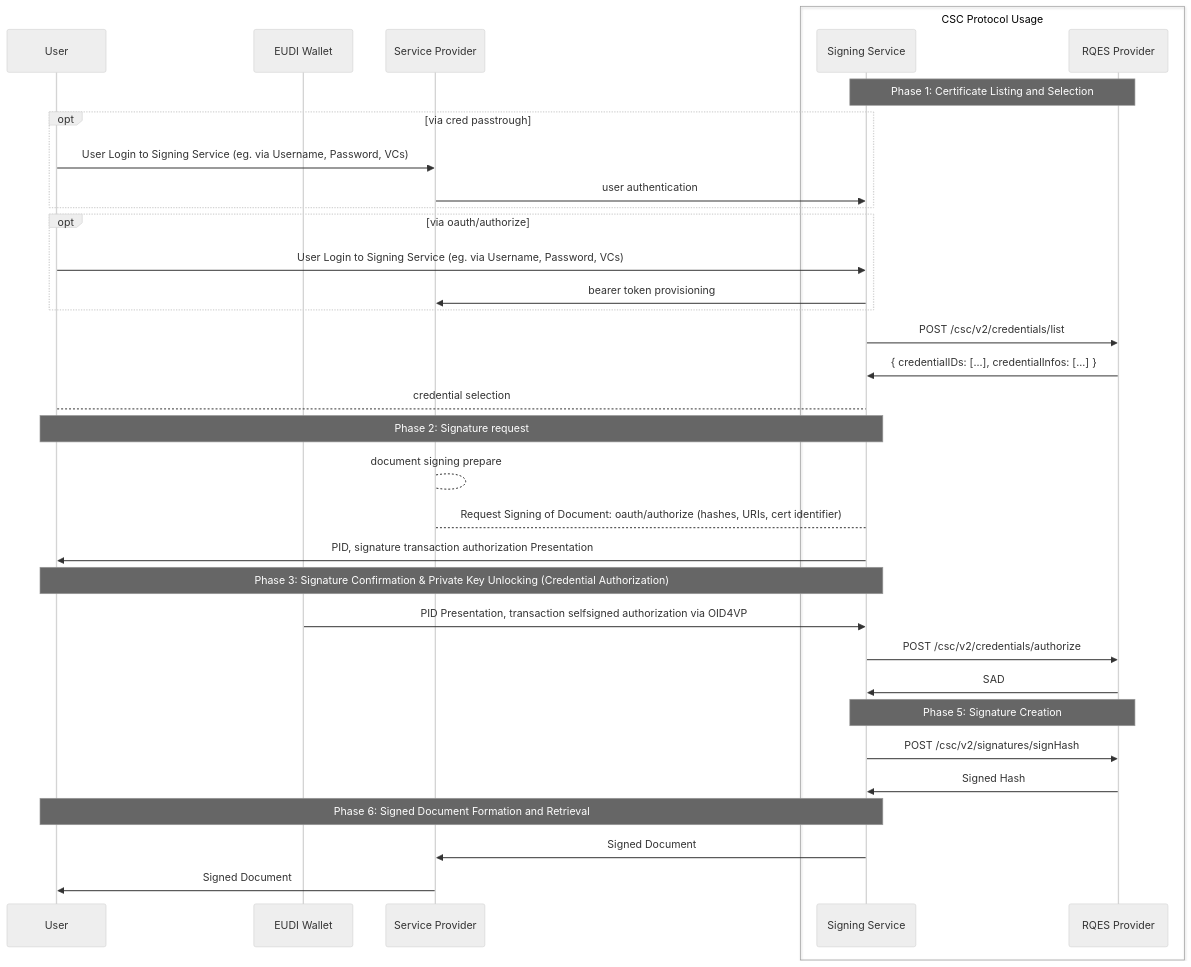
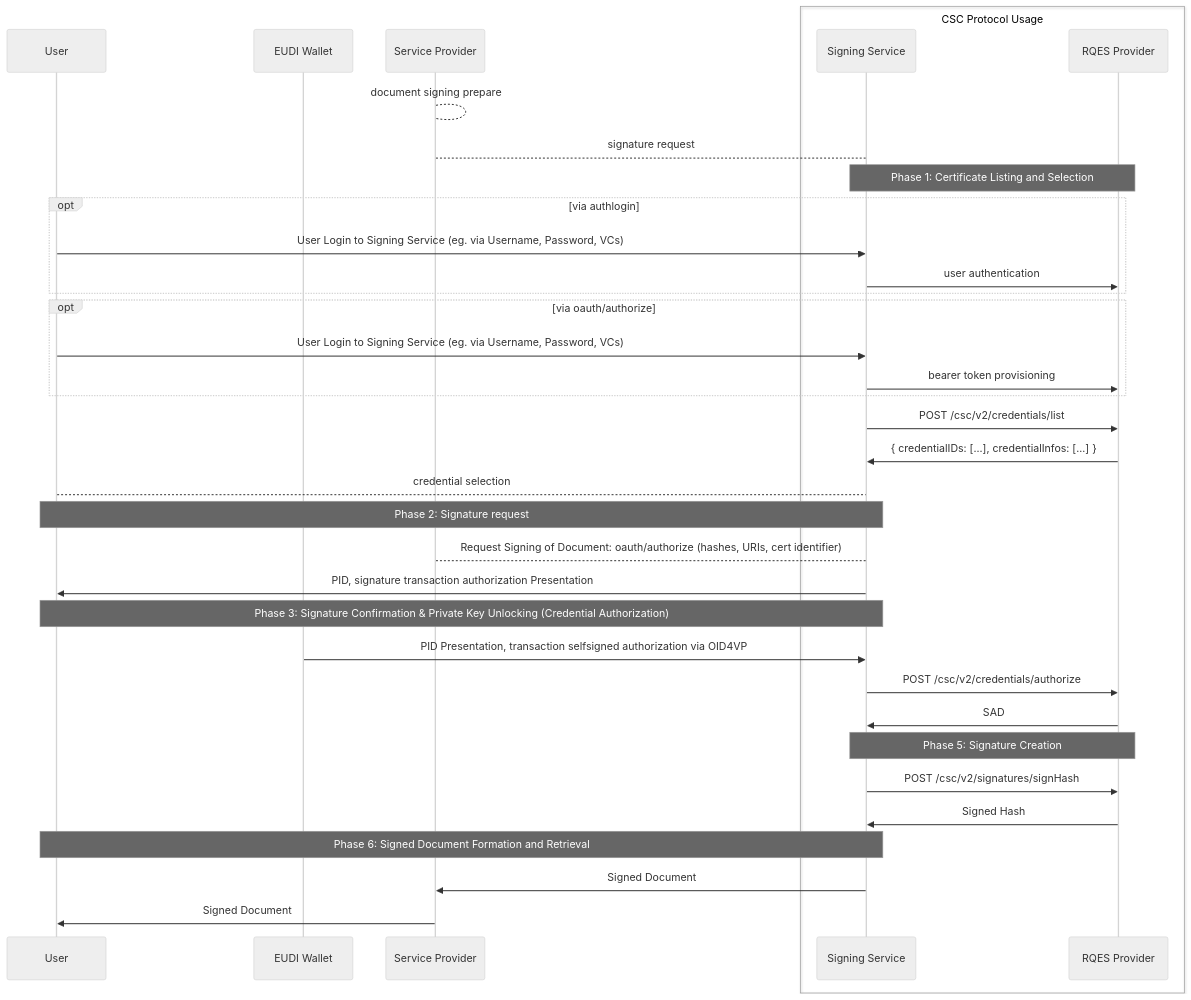
The diagram in leone/sign prop.md (EWC-consortium/eudi-wallet-rfcs), drawn with Mermaid (neutral theme) before and after one commit.

````diff
--- a/leone/sign prop.md
+++ b/leone/sign prop.md
@@ -1,49 +1,50 @@
 ```mermaid
    sequenceDiagram
     participant User
     participant EUDI Wallet
     participant Service Provider
     box CSC Protocol Usage
     participant Signing Service 
     participant RQES Provider
     end
 
+    Service Provider-->Service Provider: document signing prepare
+    Service Provider-->Signing Service: signature request
+    
     Note over Signing Service, RQES Provider: Phase 1: Certificate Listing and Selection
-
-    opt via cred passtrough
-    User->>Service Provider: User Login to Signing Service (eg. via Username, Password, VCs)
-    Service Provider->>Signing Service: user authentication 
+    opt via authlogin
+    User->>Signing Service: User Login to Signing Service (eg. via Username, Password, VCs)
+    Signing Service->>RQES Provider: user authentication 
     end 
     
     opt via oauth/authorize
     User->>Signing Service: User Login to Signing Service (eg. via Username, Password, VCs)
-    Signing Service->>Service Provider: bearer token provisioning
+    Signing Service->>RQES Provider: bearer token provisioning
     end 
     
     Signing Service->>RQES Provider: POST /csc/v2/credentials/list
     RQES Provider->>Signing Service: { credentialIDs: [...], credentialInfos: [...] }
     User-->Signing Service: credential selection
 
     Note over User, Signing Service: Phase 2: Signature request
-    Service Provider-->Service Provider: document signing prepare
     Service Provider-->Signing Service: Request Signing of Document: oauth/authorize (hashes, URIs, cert identifier)
     Signing Service->>User: PID, signature transaction authorization Presentation
     
     Note over User, Signing Service: Phase 3: Signature Confirmation & Private Key Unlocking (Credential Authorization)
     EUDI Wallet->>Signing Service: PID Presentation, transaction selfsigned authorization via OID4VP
     
     
     
     
     
     Signing Service->>RQES Provider: POST /csc/v2/credentials/authorize
     RQES Provider->>Signing Service: SAD
     
     Note over Signing Service, RQES Provider: Phase 5: Signature Creation
     Signing Service->>RQES Provider: POST /csc/v2/signatures/signHash
     RQES Provider->>Signing Service: Signed Hash
 
     Note over User, Signing Service: Phase 6: Signed Document Formation and Retrieval
     Signing Service->>Service Provider: Signed Document
     Service Provider->>User: Signed Document
 ```
````
